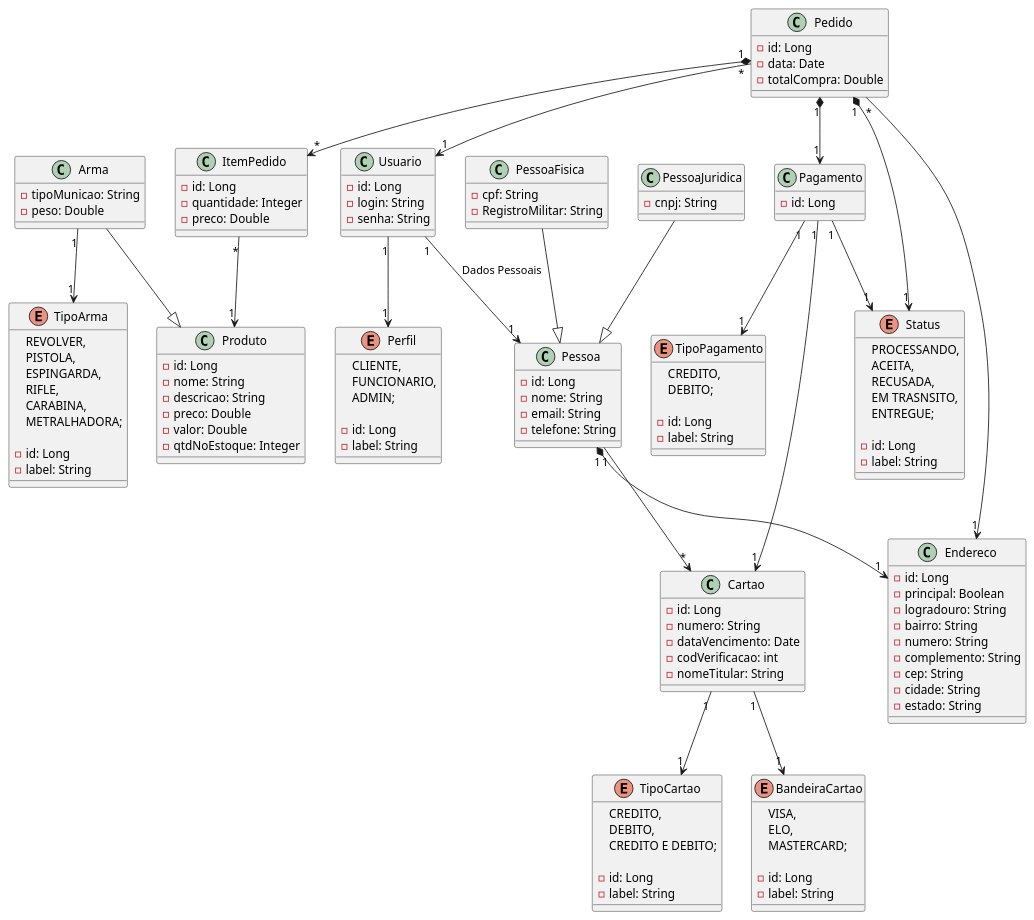
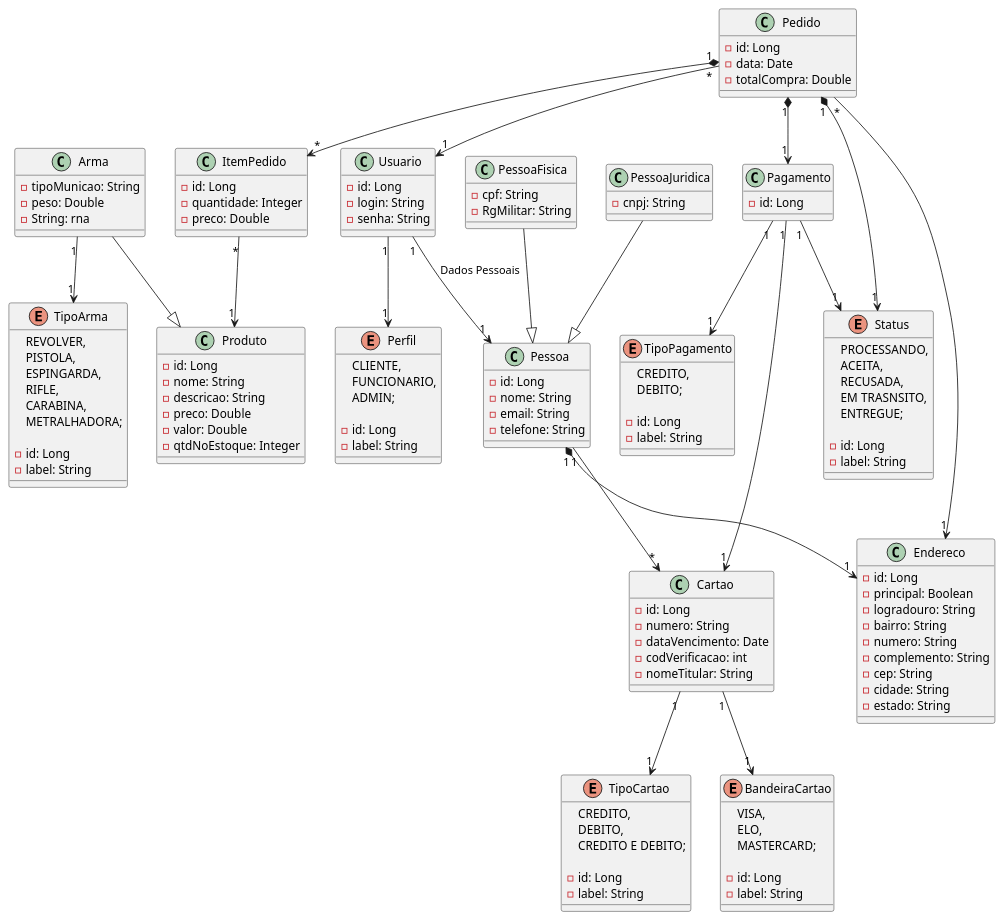
Before and after one commit to daniel-ferreira-da-costa/militropa: the diagram in src/main/java/unitins/tp1/docs/uml_militropa.plantuml, drawn with PlantUML. The commit also changed 7 other files, not shown here.

```diff
--- a/src/main/java/unitins/tp1/docs/uml_militropa.plantuml
+++ b/src/main/java/unitins/tp1/docs/uml_militropa.plantuml
@@ -1,162 +1,163 @@
 @startuml Tabacaria
 '========Produto========='
 class Produto{
     - id: Long
     - nome: String
     - descricao: String
     - preco: Double
     - valor: Double
     - qtdNoEstoque: Integer
 }
 
 class Arma{
     - tipoMunicao: String
     - peso: Double
+    - String: rna
 }
 
 enum TipoArma{
     REVOLVER,
     PISTOLA,
     ESPINGARDA,
     RIFLE,
     CARABINA,
     METRALHADORA;
 
     - id: Long
     - label: String
 }
 
 '========Usuario========='
 class Usuario{
     - id: Long
     - login: String
     - senha: String
 }
 
 enum Perfil{
     CLIENTE,
     FUNCIONARIO, 
     ADMIN;
 
     - id: Long
     - label: String
 }
 
 class Pessoa{
     - id: Long
     - nome: String
     - email: String
     - telefone: String
 }
 
 'Registro Nacional de Armas (RNA)'
 class PessoaFisica{
     - cpf: String
-    - RegistroMilitar: String 
+    - RgMilitar: String 
 }
 
 class PessoaJuridica{
     - cnpj: String
 }
 '========Venda========='
 class Pedido {
     - id: Long
     - data: Date
     - totalCompra: Double
 }
 
 class ItemPedido {
     - id: Long
     - quantidade: Integer
     - preco: Double
 }
 
 enum Status{
     PROCESSANDO, 
     ACEITA,
     RECUSADA,
     EM TRASNSITO,
     ENTREGUE;
 
     - id: Long
     - label: String
 }
 '========Pagamento========='
 class Pagamento{
     - id: Long
 }
 
 class Cartao{
     - id: Long
     - numero: String
     - dataVencimento: Date
     - codVerificacao: int
     - nomeTitular: String
 }
 
 enum TipoCartao{
     CREDITO, 
     DEBITO, 
     CREDITO E DEBITO;
 
     - id: Long
     - label: String 
 }
 
 enum TipoPagamento {
     CREDITO, 
     DEBITO;
 
     - id: Long
     - label: String 
 }
 
 enum BandeiraCartao {
     VISA,
     ELO,
     MASTERCARD;
 
     - id: Long
     - label: String 
 }
 '========Endereco========='
 class Endereco {
     - id: Long
     - principal: Boolean
     - logradouro: String
     - bairro: String
     - numero: String
     - complemento: String
     - cep: String
     - cidade: String
     - estado: String
 }
 
 '========Relacionamentos========='
 
 Pedido "1" *--> "1" Pagamento
 Pedido "1" *--> "*" ItemPedido
 Pedido "1" *--> "1" Status
 Pedido "*" --> "1" Usuario
 Pedido "*" --> "1" Endereco
 
 Pagamento "1" --> "1" Status
 Pagamento "1" --> "1" Cartao
 Pagamento "1" --> "1" TipoPagamento
 
 Cartao "1" --> "1" TipoCartao
 Cartao "1" --> "1" BandeiraCartao
 
 ItemPedido "*" --> "1" Produto
 
 Usuario "1" --> "1" Perfil
 Usuario "1" --> "1" Pessoa : "Dados Pessoais"
 Pessoa "1" *--> "1" Endereco
 Pessoa "1" --> "*" Cartao
 
 PessoaFisica --|> Pessoa
 PessoaJuridica --|> Pessoa
 
 Arma --|> Produto
 Arma "1" --> "1" TipoArma
 @enduml
```
